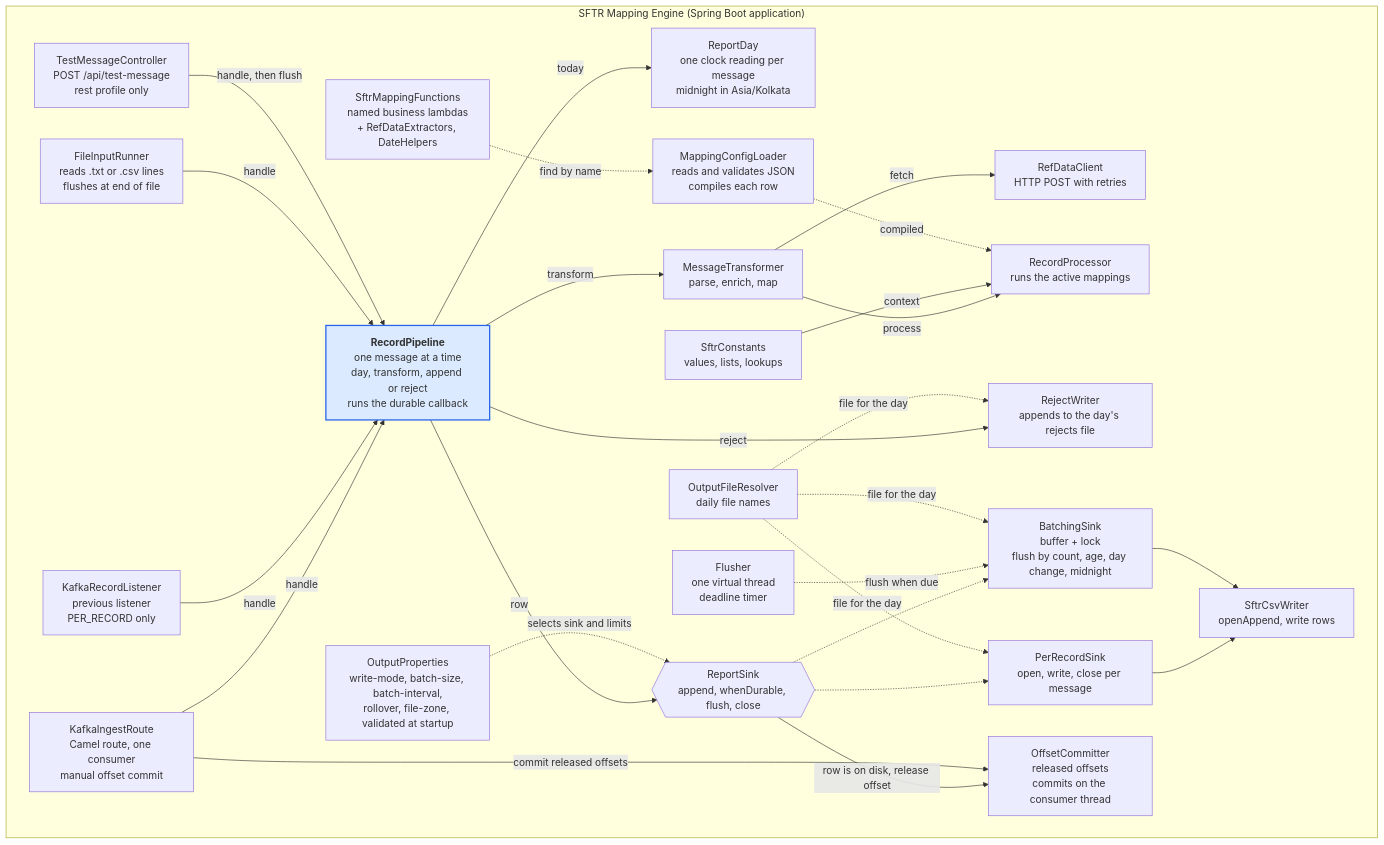
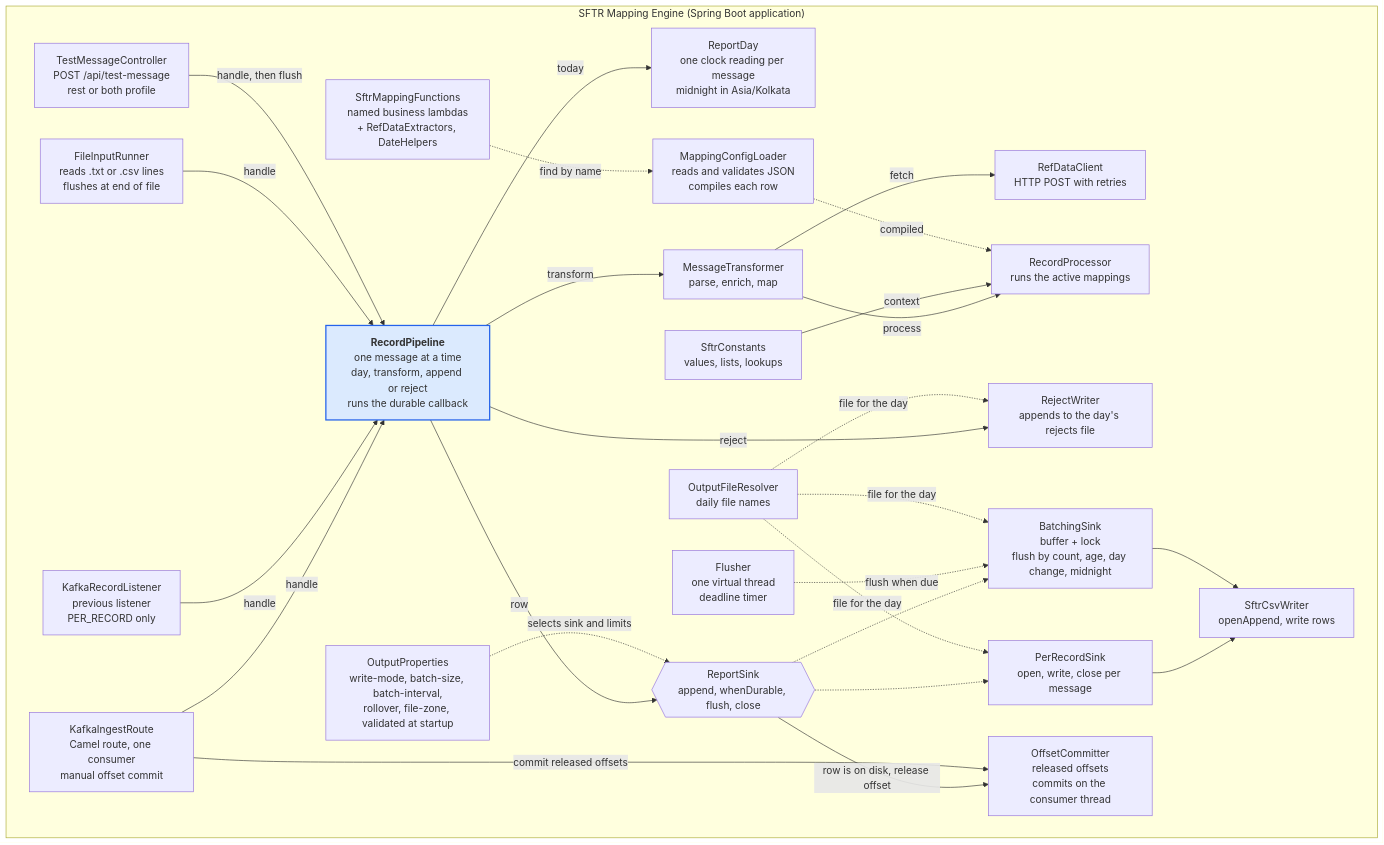
Before and after one commit to shanregs/msg-transformer: the third of 9 diagrams in docs/c4-architecture.md, drawn with Mermaid. The commit also changed other lines of this file and 13 other files, not shown here.

Commit message:
Run modes as profiles (kafka, rest, both), running-locally guide, Postman collection, reference-data stub

````diff
--- a/docs/c4-architecture.md
+++ b/docs/c4-architecture.md
@@ -44,53 +44,53 @@
 ```mermaid
 flowchart TB
     subgraph engine["SFTR Mapping Engine (Spring Boot application)"]
         route["KafkaIngestRoute<br/>Camel route, one consumer<br/>manual offset commit"]
         legacy["KafkaRecordListener<br/>previous listener<br/>PER_RECORD only"]
         file["FileInputRunner<br/>reads .txt or .csv lines<br/>flushes at end of file"]
-        rest["TestMessageController<br/>POST /api/test-message<br/>rest profile only"]
+        rest["TestMessageController<br/>POST /api/test-message<br/>rest or both profile"]
         pipe["<b>RecordPipeline</b><br/>one message at a time<br/>day, transform, append or reject<br/>runs the durable callback"]
         day["ReportDay<br/>one clock reading per message<br/>midnight in Asia/Kolkata"]
         tf["MessageTransformer<br/>parse, enrich, map"]
         ref["RefDataClient<br/>HTTP POST with retries"]
         proc["RecordProcessor<br/>runs the active mappings"]
         sink{{"ReportSink<br/>append, whenDurable, flush, close"}}
         per["PerRecordSink<br/>open, write, close per message"]
         batch["BatchingSink<br/>buffer + lock<br/>flush by count, age, day change, midnight"]
         timer["Flusher<br/>one virtual thread<br/>deadline timer"]
         rej["RejectWriter<br/>appends to the day's rejects file"]
         csv["SftrCsvWriter<br/>openAppend, write rows"]
         files["OutputFileResolver<br/>daily file names"]
         commit["OffsetCommitter<br/>released offsets<br/>commits on the consumer thread"]
         props["OutputProperties<br/>write-mode, batch-size, batch-interval,<br/>rollover, file-zone, validated at startup"]
         loader["MappingConfigLoader<br/>reads and validates JSON<br/>compiles each row"]
         fns["SftrMappingFunctions<br/>named business lambdas<br/>+ RefDataExtractors, DateHelpers"]
         consts["SftrConstants<br/>values, lists, lookups"]
 
         route -->|handle| pipe
         legacy -->|handle| pipe
         file -->|handle| pipe
         rest -->|handle, then flush| pipe
         pipe -->|today| day
         pipe -->|transform| tf
         tf -->|fetch| ref
         tf -->|process| proc
         consts -->|context| proc
         pipe -->|row| sink
         pipe -->|reject| rej
         sink -.-> per
         sink -.-> batch
         timer -.->|flush when due| batch
         per --> csv
         batch --> csv
         files -.->|file for the day| per
         files -.->|file for the day| batch
         files -.->|file for the day| rej
         sink -->|row is on disk, release offset| commit
         route -->|commit released offsets| commit
         props -.->|selects sink and limits| sink
         loader -.->|compiled| proc
         fns -.->|find by name| loader
     end
 
     style pipe fill:#dbeafe,stroke:#2563eb,stroke-width:2px
 ```
````
